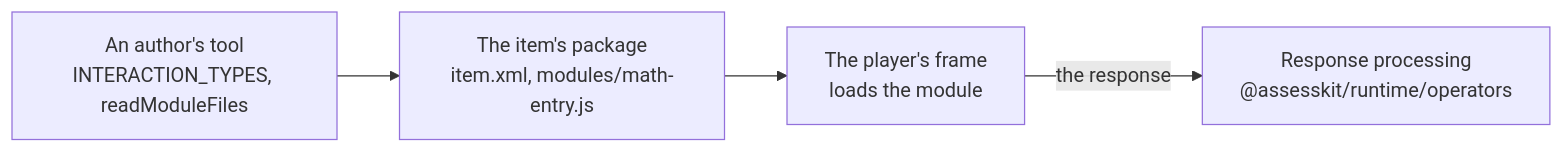
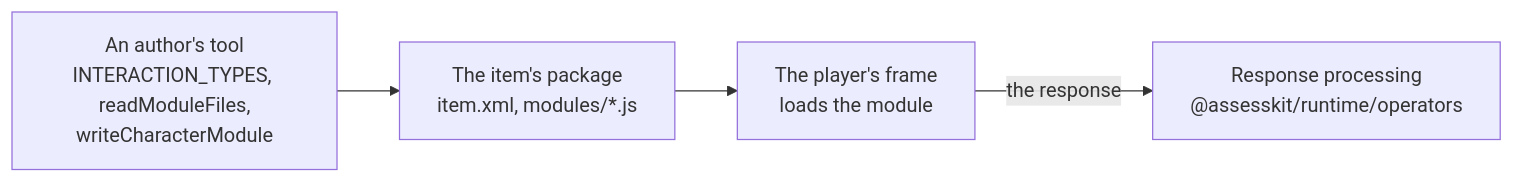
Before and after one commit to assesskit/assesskit: the diagram in packages/custom-interactions/README.md, drawn with Mermaid. The commit also changed other lines of this file and 32 other files, not shown here.

````diff
--- a/packages/custom-interactions/README.md
+++ b/packages/custom-interactions/README.md
@@ -9,6 +10,6 @@
 ```mermaid
 flowchart LR
-  tool["An author's tool<br/>INTERACTION_TYPES, readModuleFiles"] --> pkg["The item's package<br/>item.xml, modules/math-entry.js"]
+  tool["An author's tool<br/>INTERACTION_TYPES, readModuleFiles,<br/>writeCharacterModule"] --> pkg["The item's package<br/>item.xml, modules/*.js"]
   pkg --> frame["The player's frame<br/>loads the module"]
   frame -- "the response" --> rp["Response processing<br/>@assesskit/runtime/operators"]
 ```
````
